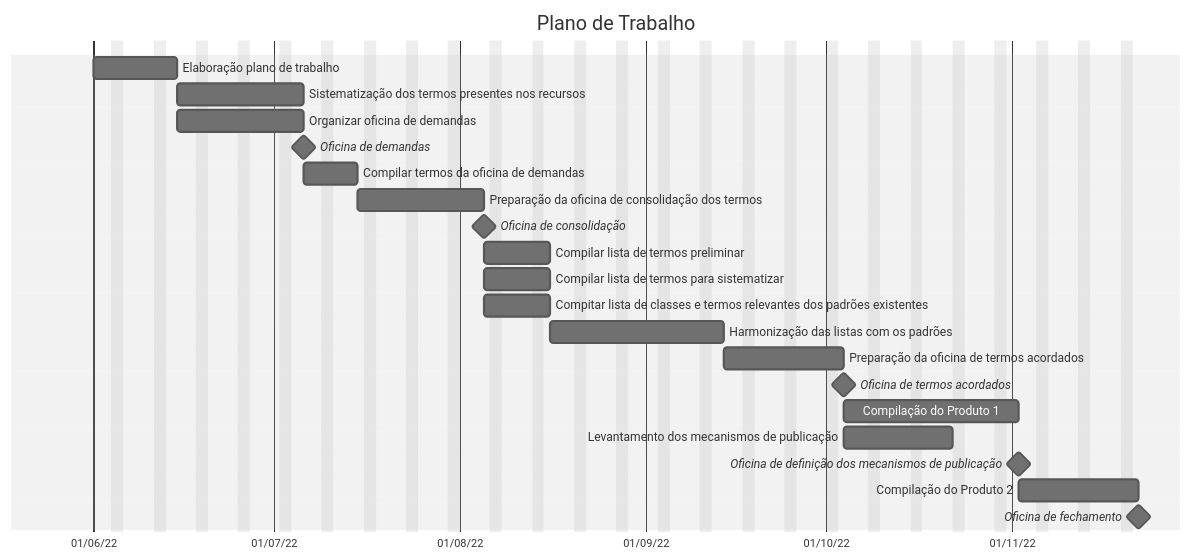
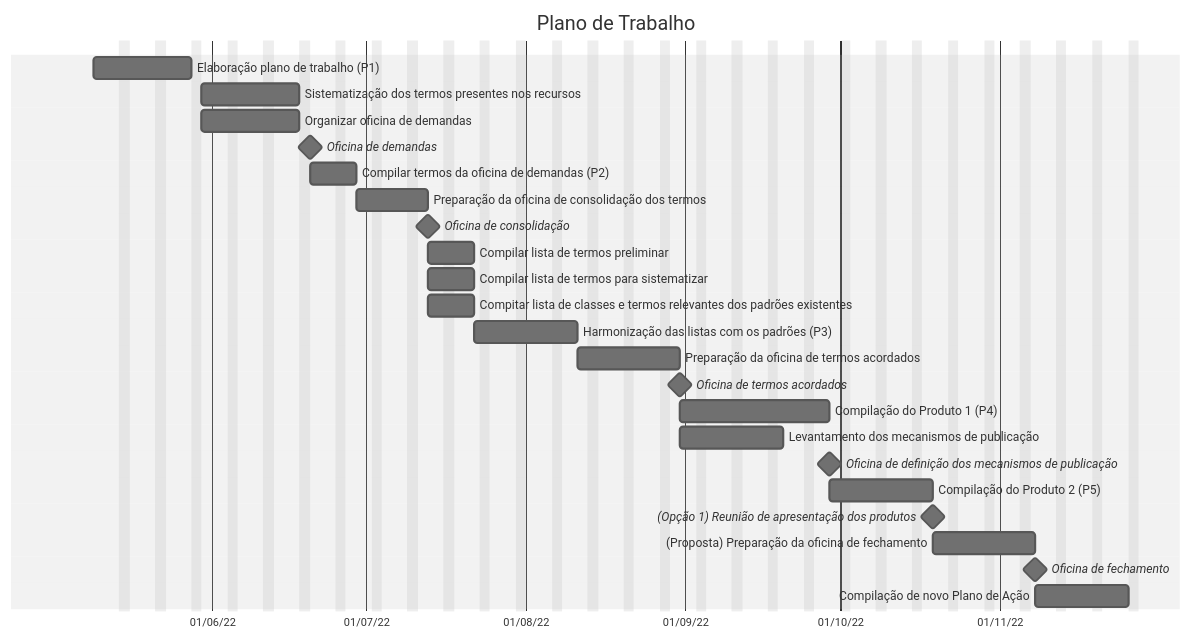
The diagram in plano-de-trabalho/gantt.md (jlanna/MMA-Ameacadas), drawn with Mermaid (neutral theme) before and after one commit.

Commit message:
Inserção de novas ações e proposta de oficina

````diff
--- a/plano-de-trabalho/gantt.md
+++ b/plano-de-trabalho/gantt.md
@@ -1,26 +1,29 @@
 ```mermaid
 gantt
     dateFormat DD/MM/YY
     axisFormat  %d/%m/%y
     todayMarker on
     title Plano de Trabalho
     excludes weekends
-    Elaboração plano de trabalho: t0, 01/06/22, 10d
+    Elaboração plano de trabalho (P1): t0, 09/05/22, 15d
     Sistematização dos termos presentes nos recursos :t1, after t0, 15d
     Organizar oficina de demandas :t2, after t0, 15d
     Oficina de demandas :milestone,0d
-    Compilar termos da oficina de demandas :t3, after t2, 1w
-    Preparação da oficina de consolidação dos termos :t4, after t3, 15d
+    Compilar termos da oficina de demandas (P2) :t3, after t2, 1w
+    Preparação da oficina de consolidação dos termos :t4, after t3, 10d
     Oficina de consolidação :milestone,0d
     Compilar lista de termos preliminar :t5, after t4, 1w
     Compilar lista de termos para sistematizar :t6, after t4, 1w
     Compitar lista de classes e termos relevantes dos padrões existentes :t7, after t4, 1w
-    Harmonização das listas com os padrões :t8, after t5 t6 t7, 3w
+    Harmonização das listas com os padrões (P3):t8, after t5 t6 t7, 2w
     Preparação da oficina de termos acordados :t9, after t8, 2w
     Oficina de termos acordados :milestone, 0d
-    Compilação do Produto 1 :t10, after t9, 3w
+    Compilação do Produto 1 (P4) :t10, after t9, 3w
     Levantamento dos mecanismos de publicação :t11, after t9, 2w
     Oficina de definição dos mecanismos de publicação :milestone, after t10 t11, 0d
-    Compilação do Produto 2 :t13, after t10, 2w
+    Compilação do Produto 2 (P5) :t13, after t10, 2w
+    (Opção 1) Reunião de apresentação dos produtos :milestone, 0d
+    (Proposta) Preparação da oficina de fechamento:t14, after t13, 2w
     Oficina de fechamento :milestone, 0d
+    Compilação de novo Plano de Ação:t15, after t14, 2w
 ```
````
